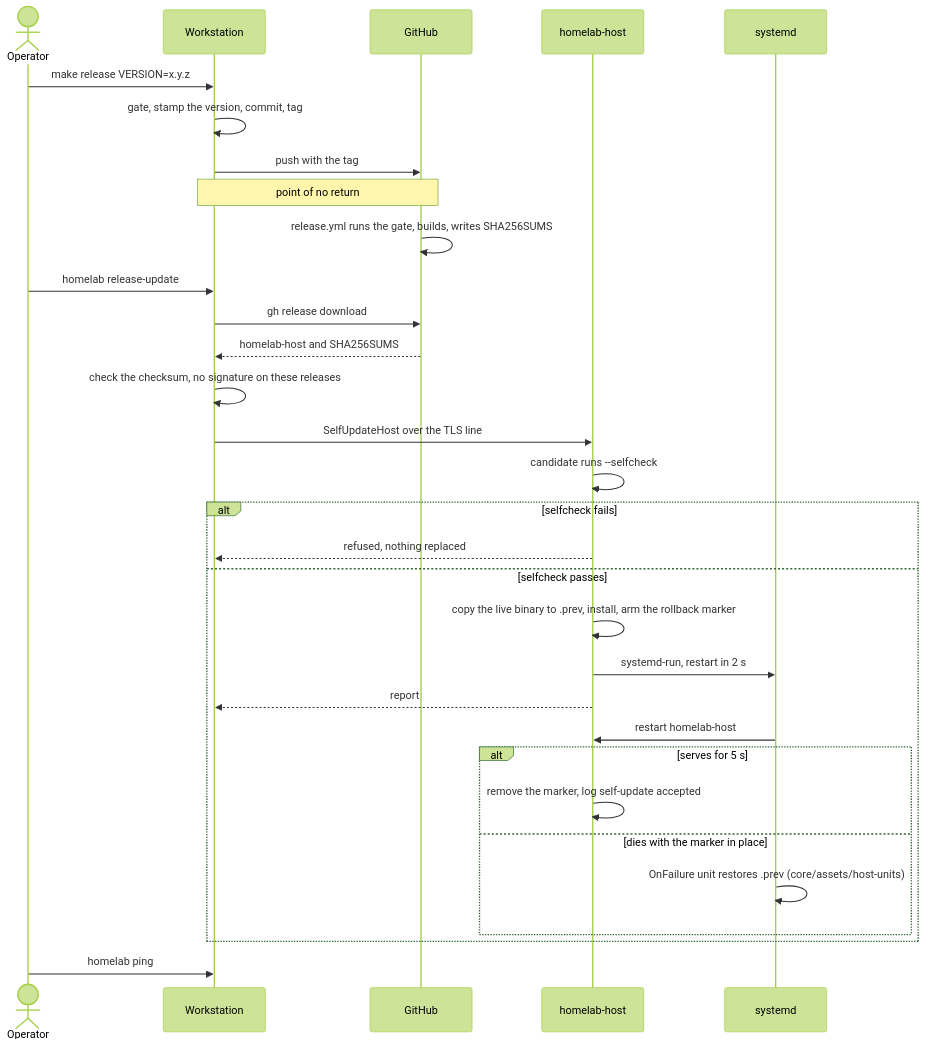
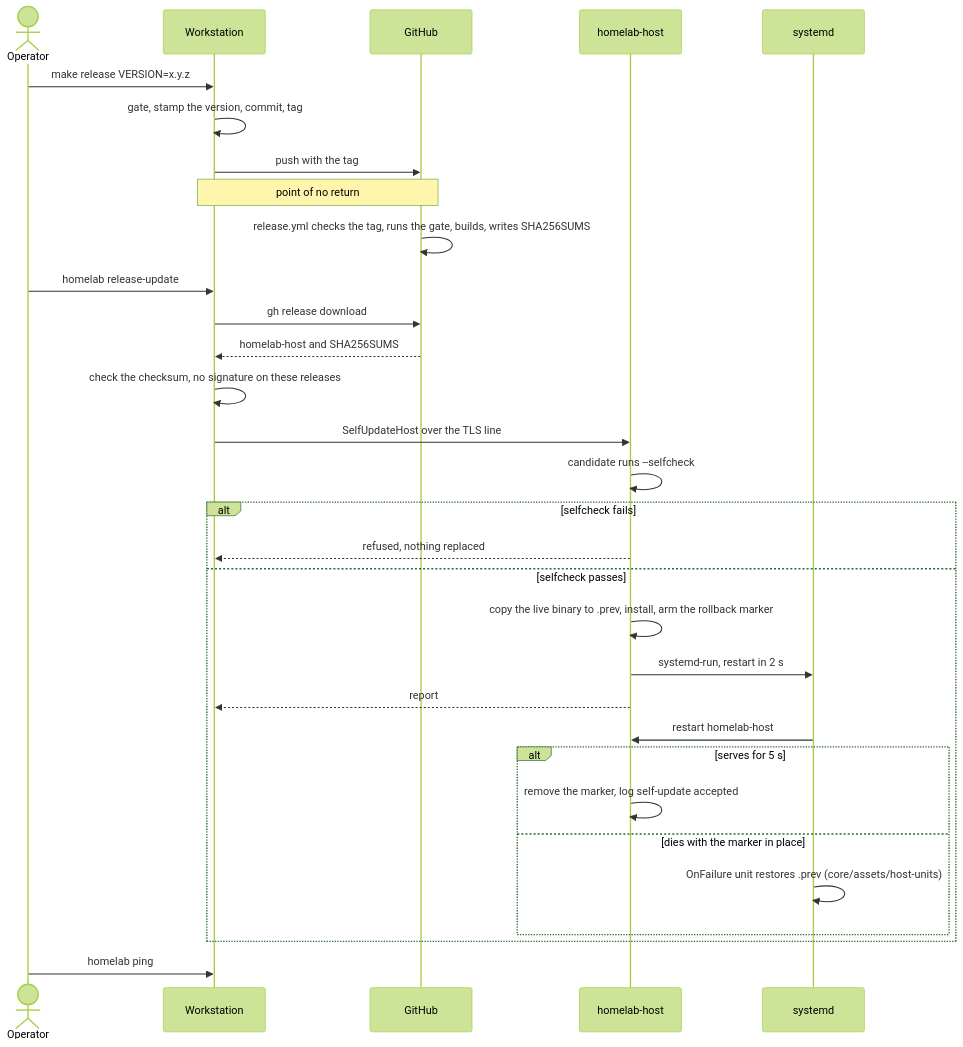
The fourth of 6 diagrams in docs/OPERATIONS_RUNBOOK.md (kennypassenier/homelab), drawn with Mermaid (forest theme) before and after one commit. The commit also changed other lines of this file and 7 other files, not shown here.

First line of the commit message:
ci: build the release with a read-only token; pin actions by SHA [fix-139]

````diff
--- a/docs/OPERATIONS_RUNBOOK.md
+++ b/docs/OPERATIONS_RUNBOOK.md
@@ -741,33 +743,33 @@
 ```mermaid
 sequenceDiagram
     actor O as Operator
     participant W as Workstation
     participant G as GitHub
     participant H as homelab-host
     participant S as systemd
     O->>W: make release VERSION=x.y.z
     W->>W: gate, stamp the version, commit, tag
     W->>G: push with the tag
     Note over W,G: point of no return
-    G->>G: release.yml runs the gate, builds, writes SHA256SUMS
+    G->>G: release.yml checks the tag, runs the gate, builds, writes SHA256SUMS
     O->>W: homelab release-update
     W->>G: gh release download
     G-->>W: homelab-host and SHA256SUMS
     W->>W: check the checksum, no signature on these releases
     W->>H: SelfUpdateHost over the TLS line
     H->>H: candidate runs --selfcheck
     alt selfcheck fails
         H-->>W: refused, nothing replaced
     else selfcheck passes
         H->>H: copy the live binary to .prev, install, arm the rollback marker
         H->>S: systemd-run, restart in 2 s
         H-->>W: report
         S->>H: restart homelab-host
         alt serves for 5 s
             H->>H: remove the marker, log self-update accepted
         else dies with the marker in place
             S->>S: OnFailure unit restores .prev (core/assets/host-units)
         end
     end
     O->>W: homelab ping
 ```
````
